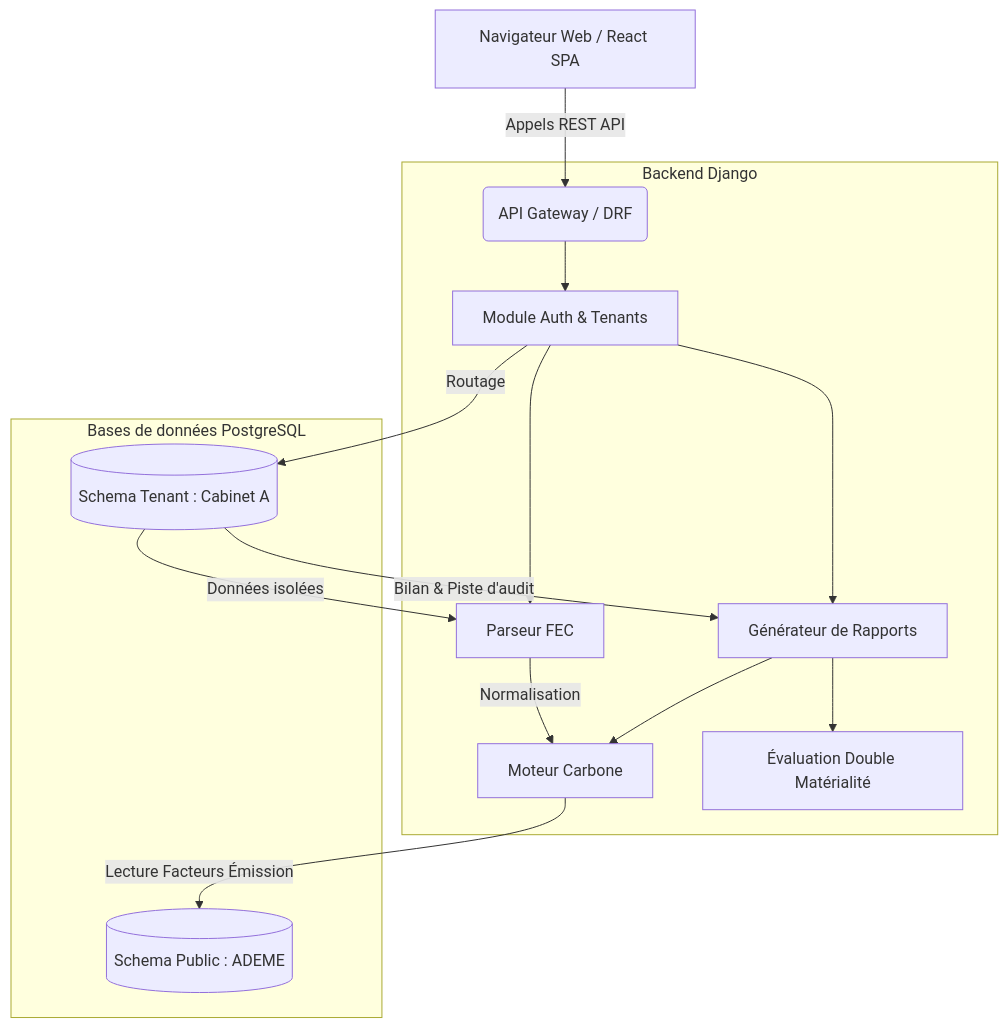
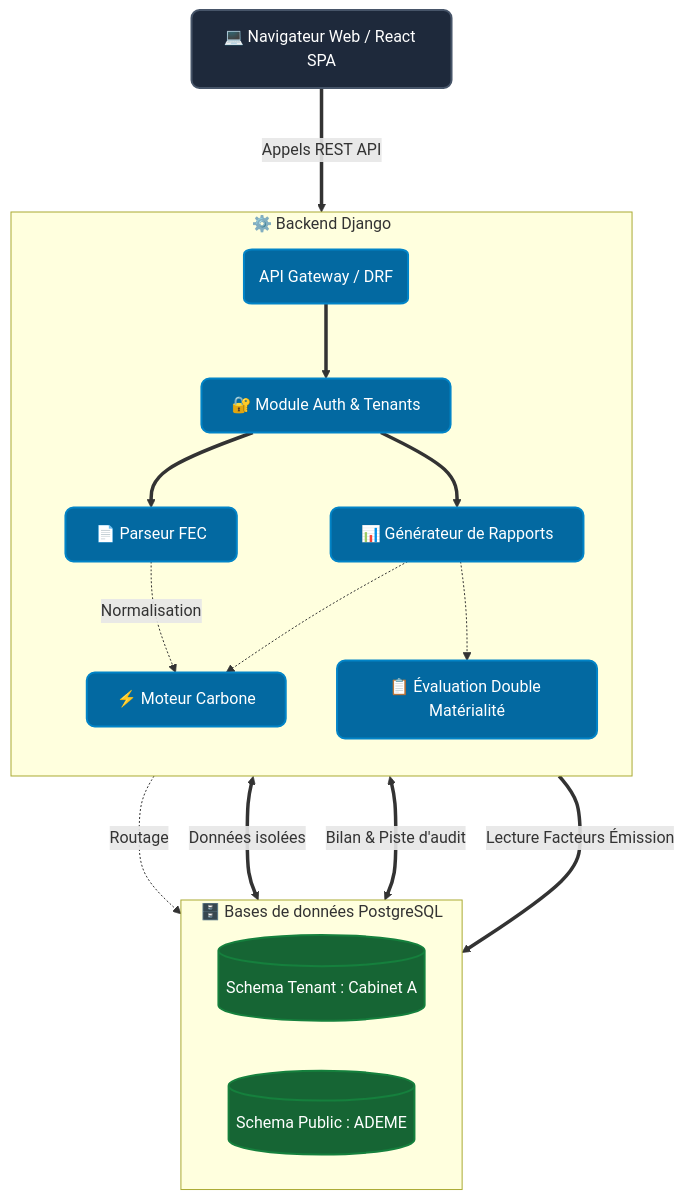
Before and after one commit to Kevzi/ge-carbone: the first of 2 diagrams in README.md, drawn with Mermaid.

Commit message:
docs: improve mermaid diagram architecture layout

````diff
--- a/README.md
+++ b/README.md
@@ -39,21 +39,34 @@
 ```mermaid
-graph TD
-    Client[Navigateur Web / React SPA] -->|Appels REST API| Gateway(API Gateway / DRF)
+flowchart TD
+    %% Styling
+    classDef client fill:#1E293B,stroke:#475569,color:#fff,stroke-width:2px,rx:8px
+    classDef backend fill:#0369A1,stroke:#0284C7,color:#fff,stroke-width:2px,rx:8px
+    classDef db fill:#166534,stroke:#15803D,color:#fff,stroke-width:2px,rx:8px
+
+    Client[💻 Navigateur Web / React SPA]:::client
     
-    subgraph Backend [Backend Django]
-        Gateway --> Auth[Module Auth & Tenants]
-        Auth --> FEC[Parseur FEC]
-        Auth --> Report[Générateur de Rapports]
+    Client ===>|Appels REST API| Gateway
+    
+    subgraph Backend [⚙️ Backend Django]
+        direction TB
+        Gateway(API Gateway / DRF):::backend ==> Auth[🔐 Module Auth & Tenants]:::backend
+        Auth ==> FEC[📄 Parseur FEC]:::backend
+        Auth ==> Report[📊 Générateur de Rapports]:::backend
         
-        FEC -->|Normalisation| Engine[Moteur Carbone]
-        Report --> Engine
-        Report --> Materiality[Évaluation Double Matérialité]
+        FEC -.->|Normalisation| Engine[⚡ Moteur Carbone]:::backend
+        Report -.-> Engine
+        Report -.-> Materiality[📋 Évaluation Double Matérialité]:::backend
     end
 
-    subgraph DB [Bases de données PostgreSQL]
-        Engine -->|Lecture Facteurs Émission| PublicSchema[(Schema Public : ADEME)]
-        Auth -->|Routage| TenantSchema[(Schema Tenant : Cabinet A)]
-        TenantSchema -->|Données isolées| FEC
-        TenantSchema -->|Bilan & Piste d'audit| Report
+    subgraph DB [🗄️ Bases de données PostgreSQL]
+        direction LR
+        TenantSchema[(Schema Tenant : Cabinet A)]:::db
+        PublicSchema[(Schema Public : ADEME)]:::db
     end
+
+    %% Connections Backend <-> DB
+    Auth -.->|Routage| TenantSchema
+    FEC <==>|Données isolées| TenantSchema
+    Report <==>|Bilan & Piste d'audit| TenantSchema
+    Engine ===>|Lecture Facteurs Émission| PublicSchema
 ```
````
